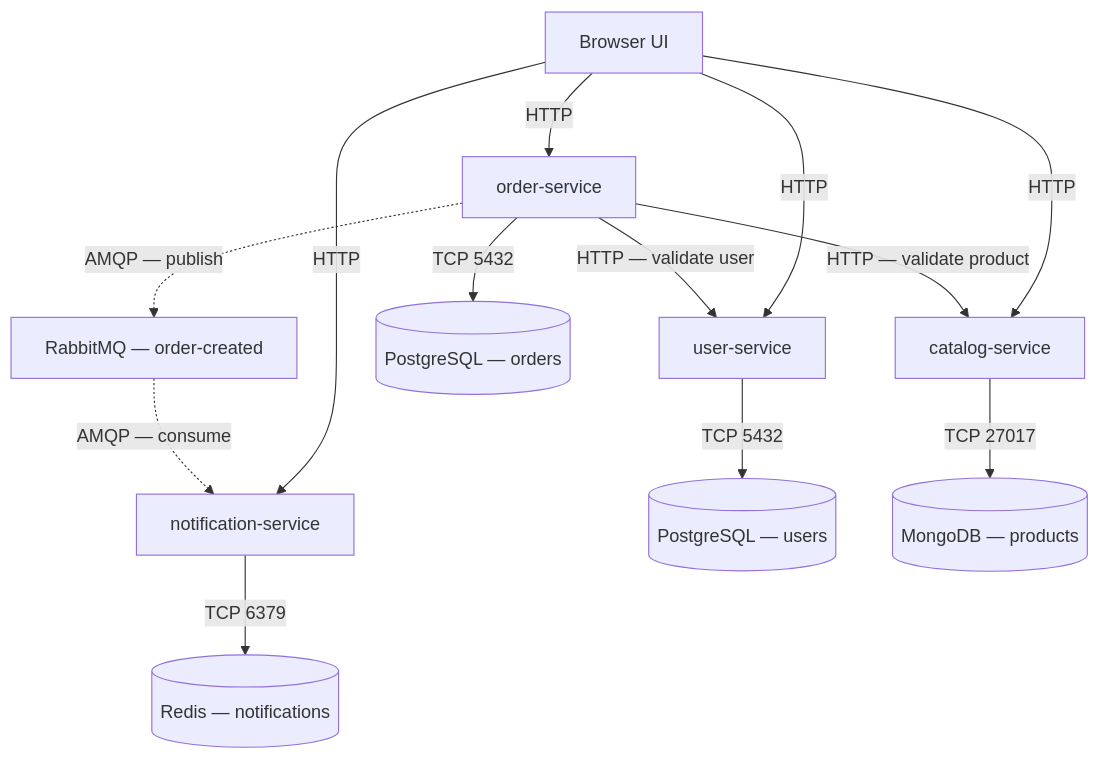
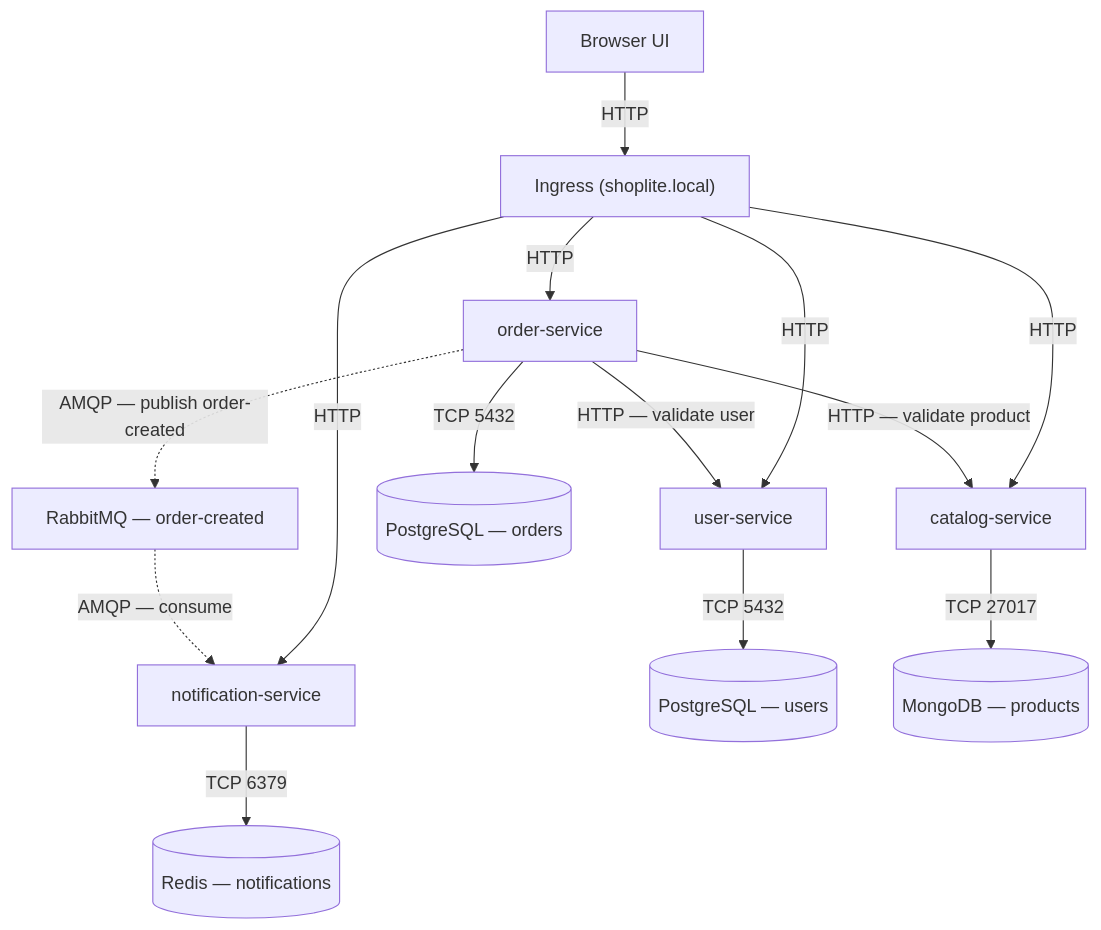
Before and after one commit to MoshfekaMunia/shoplite-deploy: the diagram in README.md, drawn with Mermaid. The commit also changed other lines of this file, not shown here.

````diff
--- a/README.md
+++ b/README.md
@@ -15,26 +13,28 @@
 ```mermaid
 flowchart TB
     Browser["Browser UI"]
+    Ingress["Ingress (shoplite.local)"]
     User["user-service"]
     Catalog["catalog-service"]
     Order["order-service"]
     Notification["notification-service"]
     UserDB[("PostgreSQL — users")]
     CatalogDB[("MongoDB — products")]
     OrderDB[("PostgreSQL — orders")]
     NotificationDB[("Redis — notifications")]
     Rabbit["RabbitMQ — order-created"]
 
-    Browser -->|"HTTP"| User
-    Browser -->|"HTTP"| Catalog
-    Browser -->|"HTTP"| Order
-    Browser -->|"HTTP"| Notification
-    User -->|"TCP 5432"| UserDB
-    Catalog -->|"TCP 27017"| CatalogDB
-    Order -->|"TCP 5432"| OrderDB
-    Notification -->|"TCP 6379"| NotificationDB
-    Order -->|"HTTP — validate user"| User
-    Order -->|"HTTP — validate product"| Catalog
-    Order -.->|"AMQP — publish"| Rabbit
-    Rabbit -.->|"AMQP — consume"| Notification
+    Browser -->|HTTP| Ingress
+    Ingress -->|HTTP| User
+    Ingress -->|HTTP| Catalog
+    Ingress -->|HTTP| Order
+    Ingress -->|HTTP| Notification
+    User -->|TCP 5432| UserDB
+    Catalog -->|TCP 27017| CatalogDB
+    Order -->|TCP 5432| OrderDB
+    Notification -->|TCP 6379| NotificationDB
+    Order -->|HTTP — validate user| User
+    Order -->|HTTP — validate product| Catalog
+    Order -.->|AMQP — publish order-created| Rabbit
+    Rabbit -.->|AMQP — consume| Notification
 ```
````
